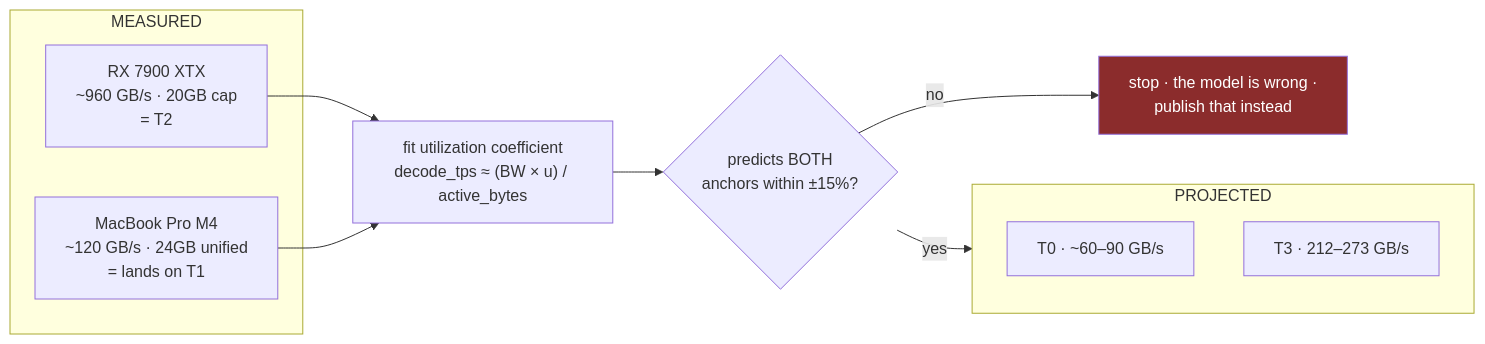
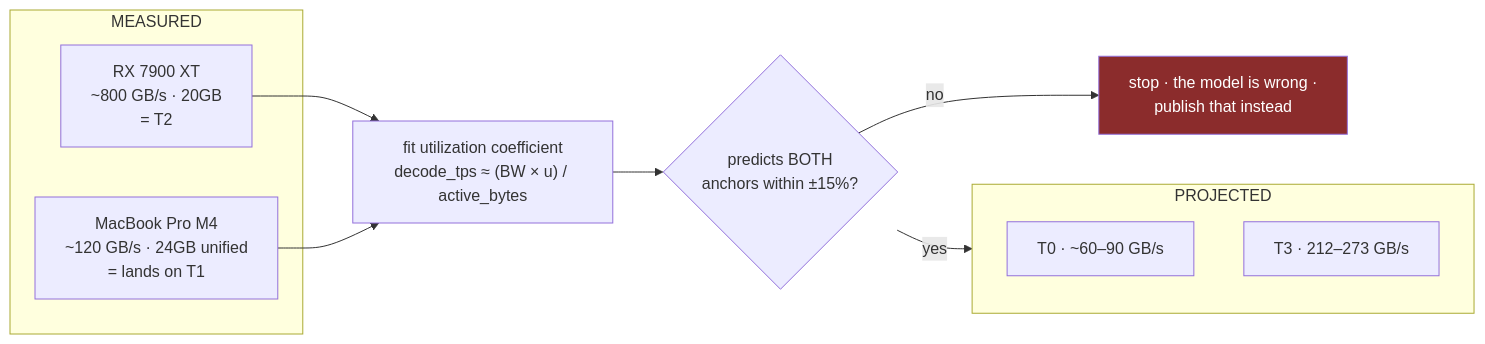
The fifth of 9 diagrams in docs/architecture.md (AllenHoem/coastal-ai-synthesis), drawn with Mermaid before and after one commit. The commit also changed other lines of this file and 8 other files, not shown here.

````diff
--- a/docs/architecture.md
+++ b/docs/architecture.md
@@ -221,18 +221,18 @@
 ```mermaid
 flowchart LR
     subgraph M["MEASURED"]
-        T2["RX 7900 XTX<br/>~960 GB/s · 20GB cap<br/>= T2"]
+        T2["RX 7900 XT<br/>~800 GB/s · 20GB<br/>= T2"]
         T1["MacBook Pro M4<br/>~120 GB/s · 24GB unified<br/>= lands on T1"]
     end
     subgraph P["PROJECTED"]
         T0["T0 · ~60–90 GB/s"]
         T3["T3 · 212–273 GB/s"]
     end
     T2 --> FIT["fit utilization coefficient<br/>decode_tps ≈ (BW × u) / active_bytes"]
     T1 --> FIT
     FIT --> CHK{"predicts BOTH<br/>anchors within ±15%?"}
     CHK -->|yes| P
     CHK -->|no| STOP["stop · the model is wrong ·<br/>publish that instead"]
 
     style STOP fill:#8b2c2c,color:#fff
 ```
````
